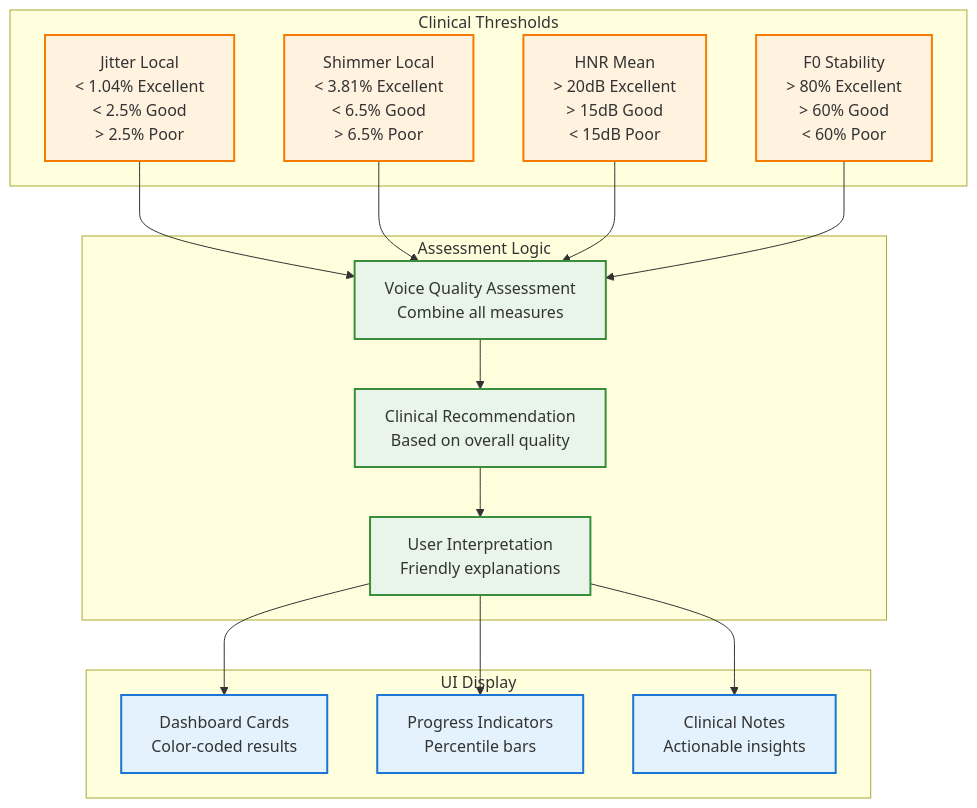
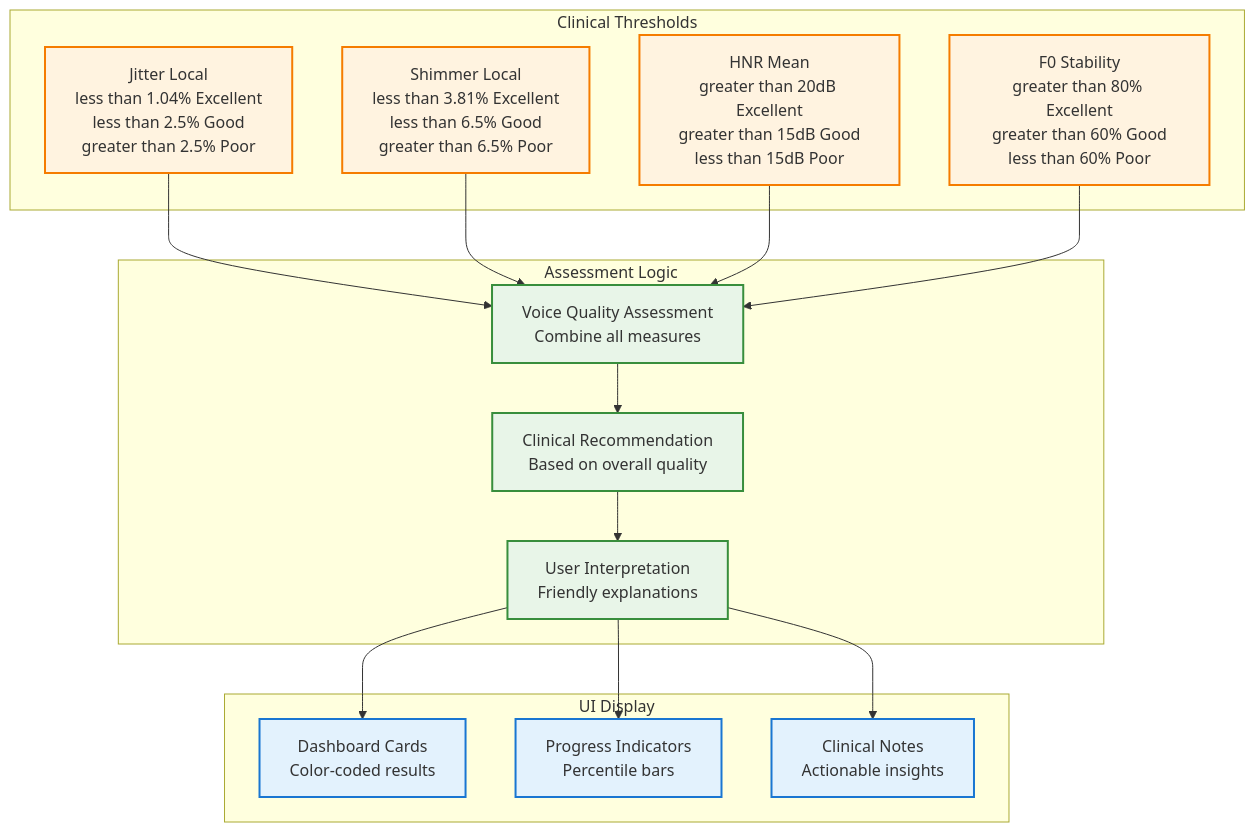
Before and after one commit to PoisonIvory/sage: the eighth of 13 diagrams in ARCHITECTURE.md, drawn with Mermaid. The commit also changed other lines of this file, not shown here.

First line of the commit message:
Fix Mermaid parsing errors

````diff
--- a/ARCHITECTURE.md
+++ b/ARCHITECTURE.md
@@ -507,39 +507,39 @@
 ```mermaid
 graph TD
     subgraph "Clinical Thresholds"
-        A1[Jitter Local<br/>< 1.04% Excellent<br/>< 2.5% Good<br/>> 2.5% Poor]
-        A2[Shimmer Local<br/>< 3.81% Excellent<br/>< 6.5% Good<br/>> 6.5% Poor]
-        A3[HNR Mean<br/>> 20dB Excellent<br/>> 15dB Good<br/>< 15dB Poor]
-        A4[F0 Stability<br/>> 80% Excellent<br/>> 60% Good<br/>< 60% Poor]
+        A1[Jitter Local<br/>less than 1.04% Excellent<br/>less than 2.5% Good<br/>greater than 2.5% Poor]
+        A2[Shimmer Local<br/>less than 3.81% Excellent<br/>less than 6.5% Good<br/>greater than 6.5% Poor]
+        A3[HNR Mean<br/>greater than 20dB Excellent<br/>greater than 15dB Good<br/>less than 15dB Poor]
+        A4[F0 Stability<br/>greater than 80% Excellent<br/>greater than 60% Good<br/>less than 60% Poor]
     end
     
     subgraph "Assessment Logic"
         B1[Voice Quality Assessment<br/>Combine all measures]
         B2[Clinical Recommendation<br/>Based on overall quality]
         B3[User Interpretation<br/>Friendly explanations]
     end
     
     subgraph "UI Display"
         C1[Dashboard Cards<br/>Color-coded results]
         C2[Progress Indicators<br/>Percentile bars]
         C3[Clinical Notes<br/>Actionable insights]
     end
     
     A1 --> B1
     A2 --> B1
     A3 --> B1
     A4 --> B1
     B1 --> B2
     B2 --> B3
     B3 --> C1
     B3 --> C2
     B3 --> C3
     
     classDef threshold fill:#fff3e0,stroke:#f57c00,stroke-width:2px
     classDef assessment fill:#e8f5e8,stroke:#388e3c,stroke-width:2px
     classDef display fill:#e3f2fd,stroke:#1976d2,stroke-width:2px
     
     class A1,A2,A3,A4 threshold
     class B1,B2,B3 assessment
     class C1,C2,C3 display
 ```
````
